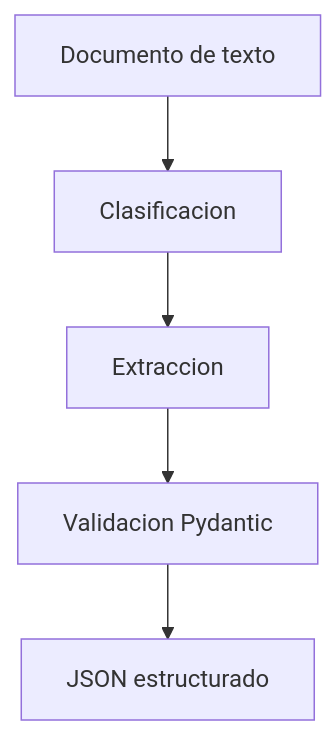
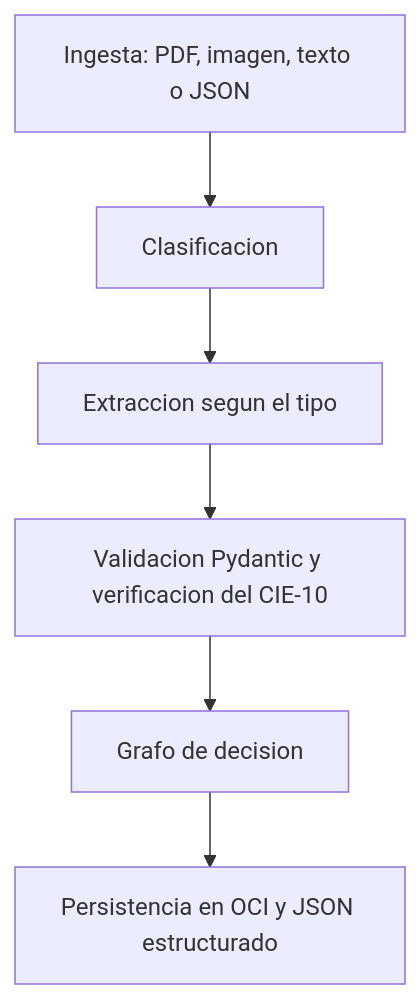
The diagram in agente/README.md (No-Country-simulation/G10-LATAM-EQUIPO-46-MediFlow), drawn with Mermaid before and after one commit. The commit also changed other lines of this file and 3 other files, not shown here.

````diff
--- a/agente/README.md
+++ b/agente/README.md
@@ -9,7 +7,8 @@
 ```mermaid
 flowchart TD
-    A["Documento de texto"] --> B["Clasificacion"]
-    B --> C["Extraccion"]
-    C --> D["Validacion Pydantic"]
-    D --> E["JSON estructurado"]
+    A["Ingesta: PDF, imagen, texto o JSON"] --> B["Clasificacion"]
+    B --> C["Extraccion segun el tipo"]
+    C --> D["Validacion Pydantic y verificacion del CIE-10"]
+    D --> E["Grafo de decision"]
+    E --> F["Persistencia en OCI y JSON estructurado"]
 ```
````
